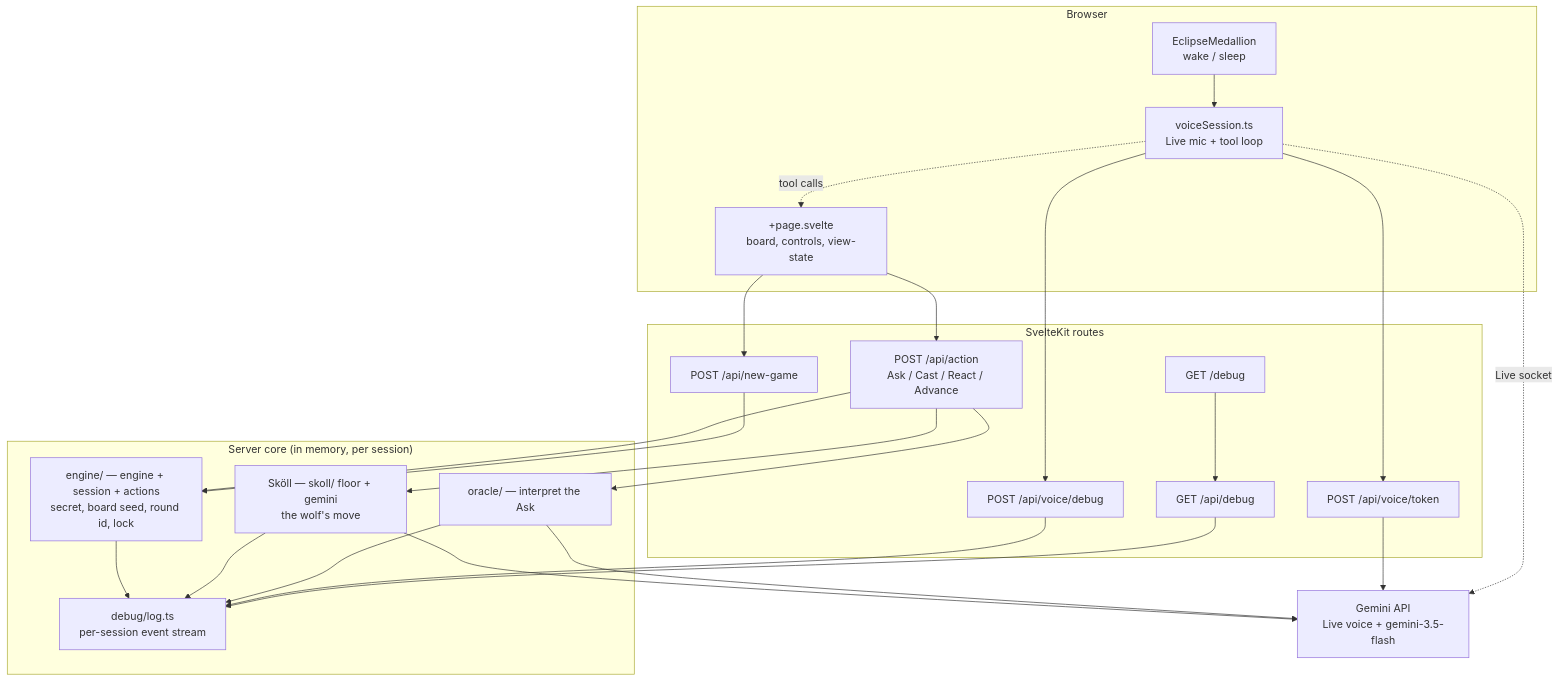
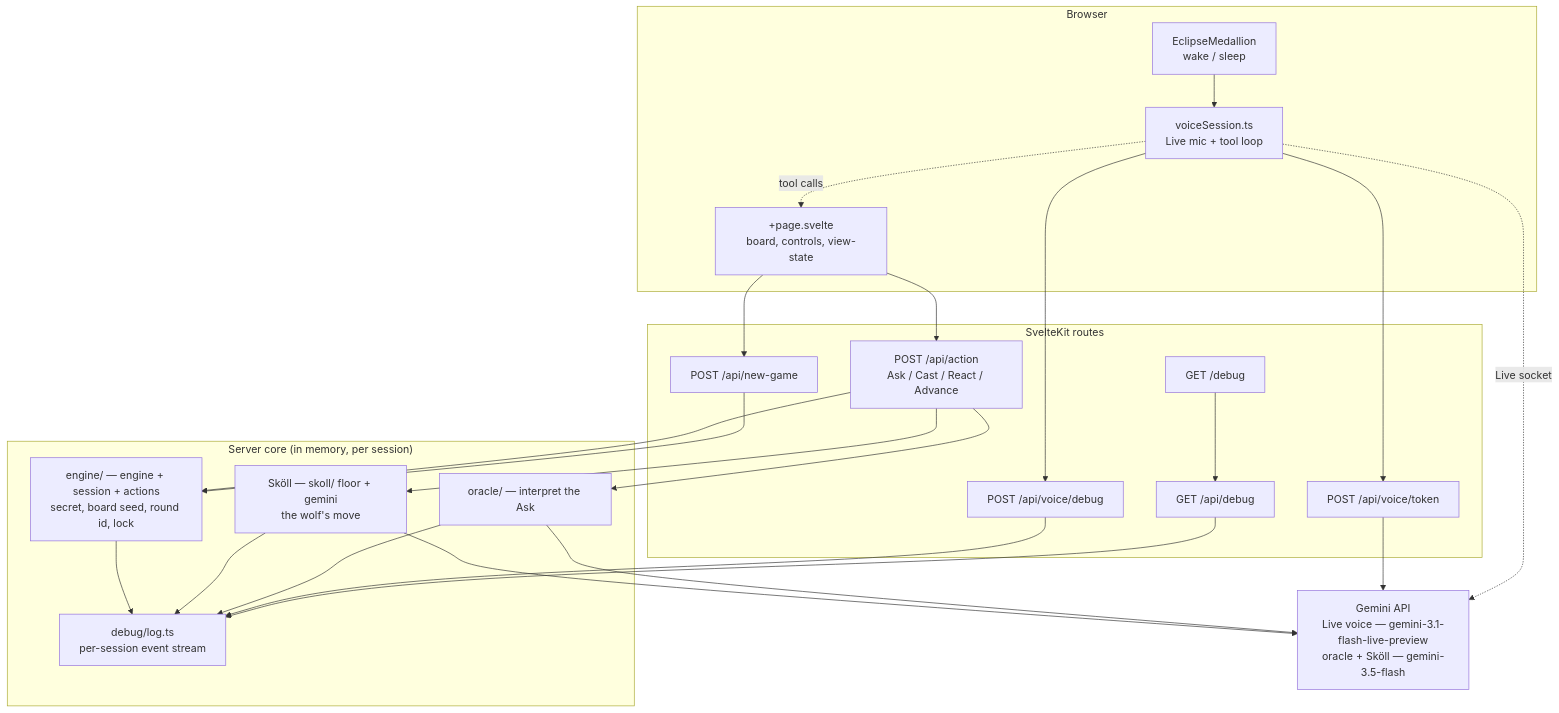
Before and after one commit to anchildress1/save-the-sun: the first of 4 diagrams in docs/architecture.md, drawn with Mermaid. The commit also changed 7 other files, not shown here.

First line of the commit message:
feat: record a real live Sköll corpus with per-run proof (#51)

````diff
--- a/docs/architecture.md
+++ b/docs/architecture.md
@@ -15,52 +15,52 @@
 ```mermaid
 flowchart TB
     accTitle: Save the Sun system overview
     accDescr: The browser talks to SvelteKit routes, which call the in-memory server core and the Gemini API. The engine referees the round; Gemini interprets Asks, plays Sköll, and voices the Oracle.
 
     subgraph Browser["Browser"]
         Page["+page.svelte<br/>board, controls, view-state"]
         Voice["voiceSession.ts<br/>Live mic + tool loop"]
         Medallion["EclipseMedallion<br/>wake / sleep"]
     end
 
     subgraph Routes["SvelteKit routes"]
         Action["POST /api/action<br/>Ask / Cast / React / Advance"]
         NewGame["POST /api/new-game"]
         Token["POST /api/voice/token"]
         VDebug["POST /api/voice/debug"]
         Debug["GET /api/debug"]
         DebugPage["GET /debug"]
     end
 
     subgraph Core["Server core (in memory, per session)"]
         Engine["engine/ — engine + session + actions<br/>secret, board seed, round id, lock"]
         Skoll["Sköll — skoll/ floor + gemini<br/>the wolf's move"]
         Oracle["oracle/ — interpret the Ask"]
         Log["debug/log.ts<br/>per-session event stream"]
     end
 
-    Gemini["Gemini API<br/>Live voice + gemini-3.5-flash"]
+    Gemini["Gemini API<br/>Live voice — gemini-3.1-flash-live-preview<br/>oracle + Sköll — gemini-3.5-flash"]
 
     Page --> Action
     Page --> NewGame
     Medallion --> Voice
     Voice --> Token
     Voice --> VDebug
     Voice -.tool calls.-> Page
     DebugPage --> Debug
 
     Action --> Engine
     Action --> Skoll
     Action --> Oracle
     NewGame --> Engine
     Token --> Gemini
     Skoll --> Gemini
     Oracle --> Gemini
     Voice -.Live socket.-> Gemini
 
     Engine --> Log
     Skoll --> Log
     Oracle --> Log
     VDebug --> Log
     Debug --> Log
 ```
````
